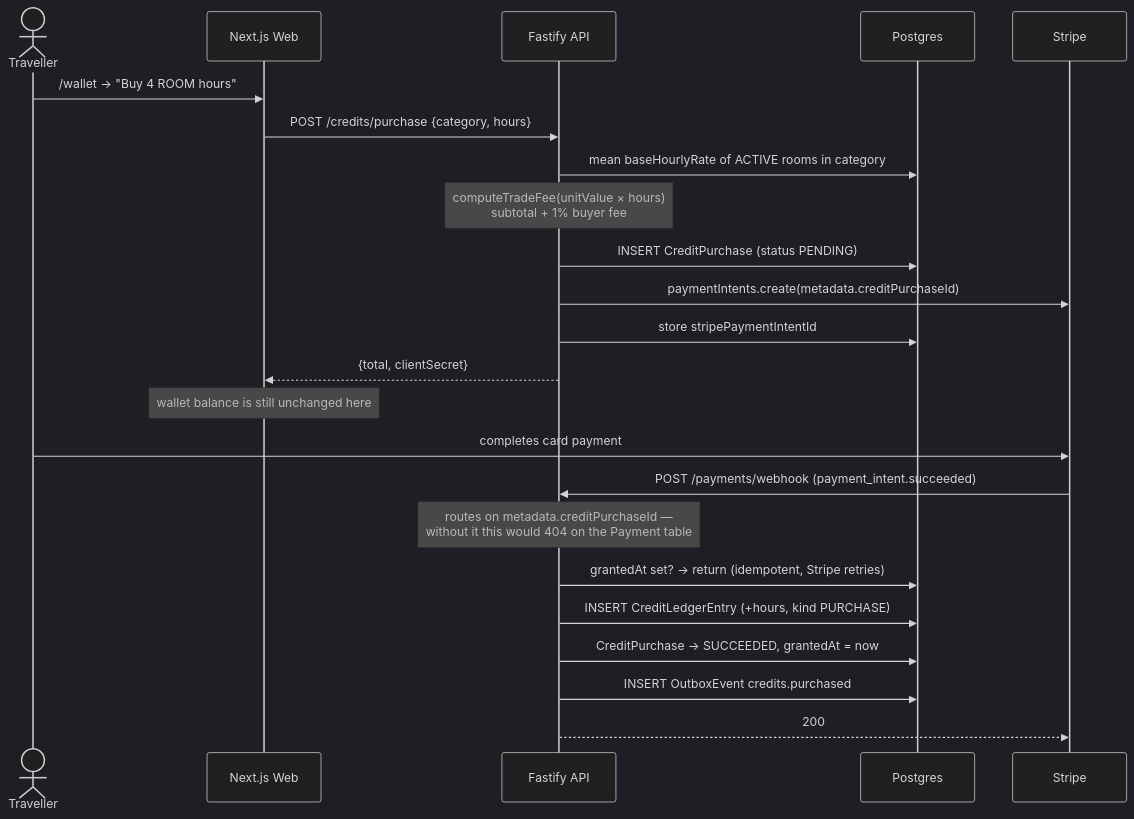
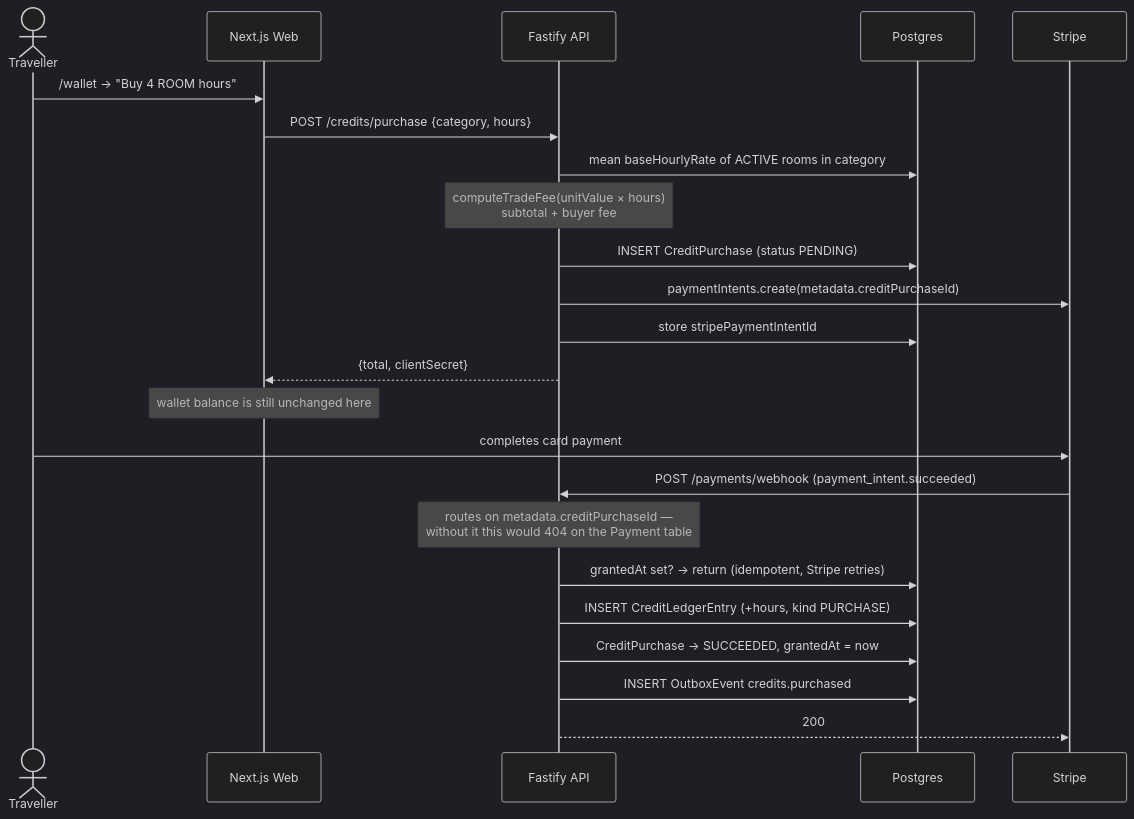
One commit to aliabdalla-maker/good-hour changed the sixth of 10 diagrams in docs/DIAGRAMS.md. Above: the diagram before and after it, drawn with Mermaid (dark theme). The commit also changed other lines of this file and 28 other files, not shown here.

````diff
--- a/docs/DIAGRAMS.md
+++ b/docs/DIAGRAMS.md
@@ -207,27 +207,27 @@
 ```mermaid
 sequenceDiagram
     actor T as Traveller
     participant Web as Next.js Web
     participant API as Fastify API
     participant DB as Postgres
     participant S as Stripe
 
     T->>Web: /wallet → "Buy 4 ROOM hours"
     Web->>API: POST /credits/purchase {category, hours}
     API->>DB: mean baseHourlyRate of ACTIVE rooms in category
-    Note over API: computeTradeFee(unitValue × hours)<br/>subtotal + 1% buyer fee
+    Note over API: computeTradeFee(unitValue × hours)<br/>subtotal + buyer fee
     API->>DB: INSERT CreditPurchase (status PENDING)
     API->>S: paymentIntents.create(metadata.creditPurchaseId)
     API->>DB: store stripePaymentIntentId
     API-->>Web: {total, clientSecret}
     Note over Web: wallet balance is still unchanged here
 
     T->>S: completes card payment
     S->>API: POST /payments/webhook (payment_intent.succeeded)
     Note over API: routes on metadata.creditPurchaseId —<br/>without it this would 404 on the Payment table
     API->>DB: grantedAt set? → return (idempotent, Stripe retries)
     API->>DB: INSERT CreditLedgerEntry (+hours, kind PURCHASE)
     API->>DB: CreditPurchase → SUCCEEDED, grantedAt = now
     API->>DB: INSERT OutboxEvent credits.purchased
     API-->>S: 200
 ```
````
